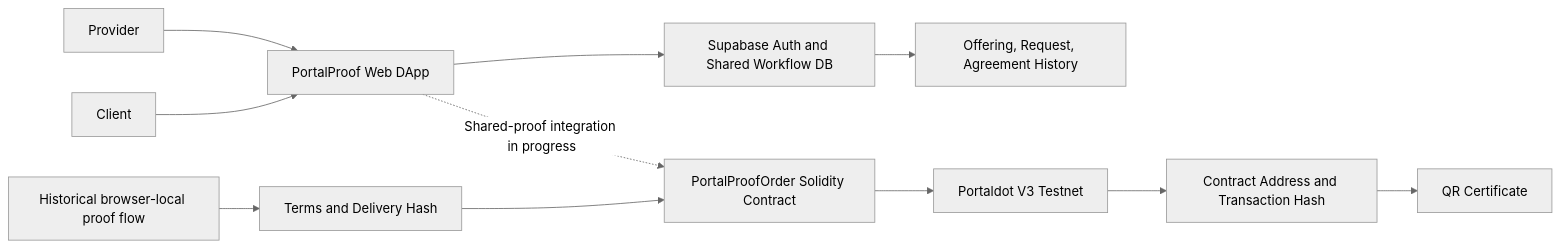
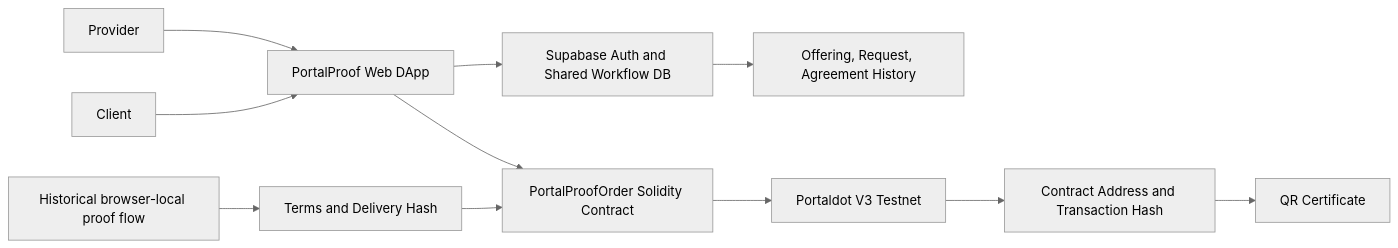
One commit to nato-san/PortalProof changed the first of 2 diagrams in README.md. Above: the diagram before and after it, drawn with Mermaid (neutral theme). The commit also changed other lines of this file and 7 other files, not shown here.

````diff
--- a/README.md
+++ b/README.md
@@ -100,13 +100,13 @@
 ```mermaid
 flowchart LR
   Creator[Provider] --> DApp[PortalProof Web DApp]
   Client[Client] --> DApp
   DApp --> Shared[Supabase Auth and Shared Workflow DB]
   Shared --> Jobs[Offering, Request, Agreement History]
-  DApp -. Shared-proof integration in progress .-> Contract[PortalProofOrder Solidity Contract]
+  DApp --> Contract[PortalProofOrder Solidity Contract]
   Historical[Historical browser-local proof flow] --> Hash[Terms and Delivery Hash]
   Hash --> Contract
   Contract --> V3[Portaldot V3 Testnet]
   V3 --> Evidence[Contract Address and Transaction Hash]
   Evidence --> Cert[QR Certificate]
 ```
````
